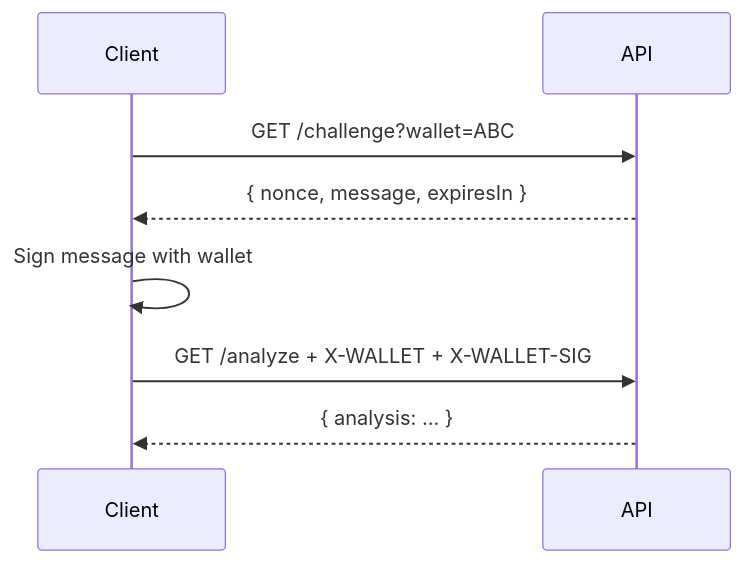
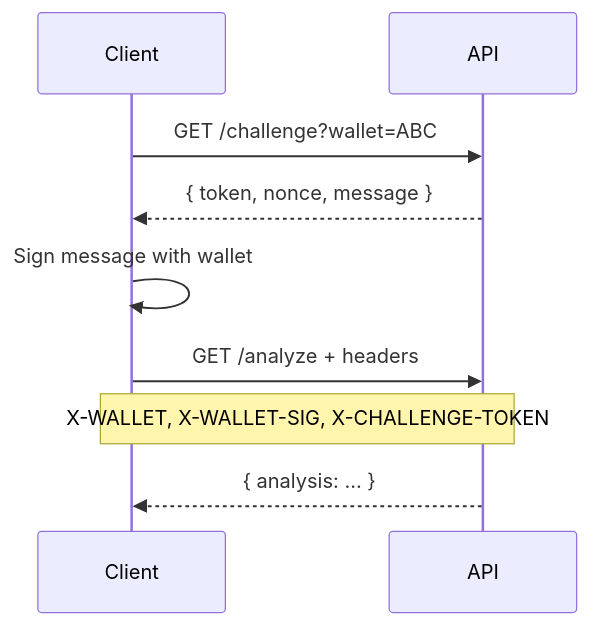
Before and after one commit to jmasecret/based-raid-docs: the diagram in api-docs.md, drawn with Mermaid. The commit also changed other lines of this file, not shown here.

Commit message:
docs: update API auth flow with X-CHALLENGE-TOKEN and payment priority

````diff
--- a/api-docs.md
+++ b/api-docs.md
@@ -48,8 +66,11 @@
 ```mermaid
 sequenceDiagram
+    participant Client
+    participant API
     Client->>API: GET /challenge?wallet=ABC
-    API-->>Client: { nonce, message, expiresIn }
+    API-->>Client: { token, nonce, message }
     Client->>Client: Sign message with wallet
-    Client->>API: GET /analyze + X-WALLET + X-WALLET-SIG
+    Client->>API: GET /analyze + headers
+    Note over Client,API: X-WALLET, X-WALLET-SIG, X-CHALLENGE-TOKEN
     API-->>Client: { analysis: ... }
 ```
````
